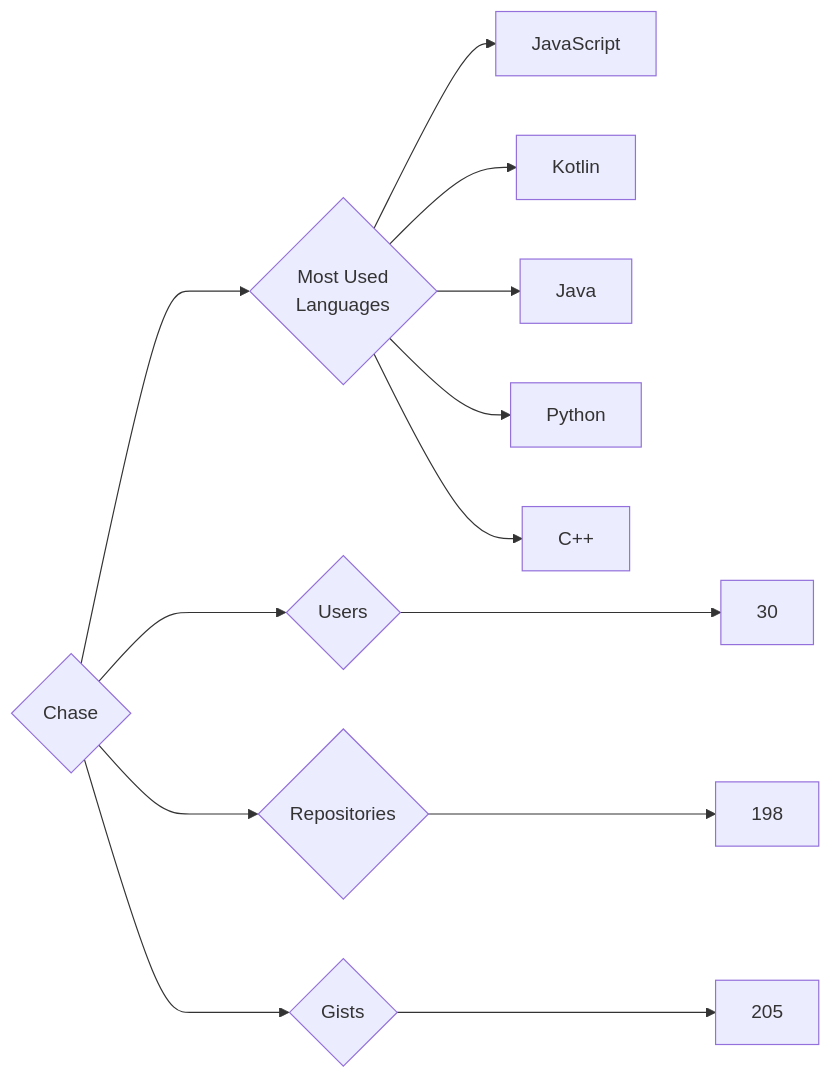
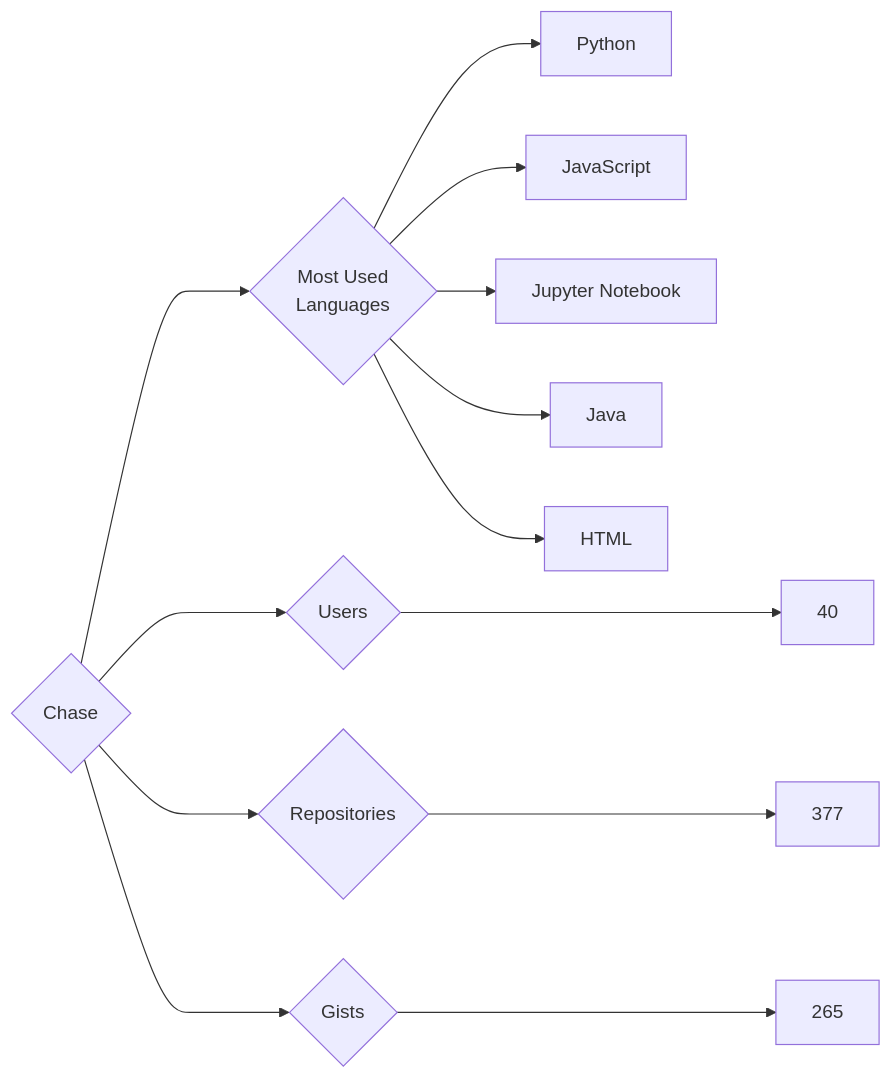
Before and after one commit to trickest/insiders: the diagram in targets/Chase/README.md, drawn with Mermaid. The commit also changed 874 other files, not shown here.

````diff
--- a/targets/Chase/README.md
+++ b/targets/Chase/README.md
@@ -3,13 +3,13 @@
 ```mermaid
 graph LR
 COMPANY_NAME{Chase}
-COMPANY_NAME ---> U{Users} ---> UN[30]
-COMPANY_NAME ---> R{Repositories} ---> RN[198]
-COMPANY_NAME ---> G{Gists} ---> GN[205]
+COMPANY_NAME ---> U{Users} ---> UN[40]
+COMPANY_NAME ---> R{Repositories} ---> RN[377]
+COMPANY_NAME ---> G{Gists} ---> GN[265]
 COMPANY_NAME ---> ML{Most Used<br>Languages}
+ML --> Python[Python]
 ML --> JavaScript[JavaScript]
-ML --> Kotlin[Kotlin]
+ML --> Jupyter_Notebook[Jupyter Notebook]
 ML --> Java[Java]
-ML --> Python[Python]
-ML --> C++[C++]
+ML --> HTML[HTML]
 ```
````
